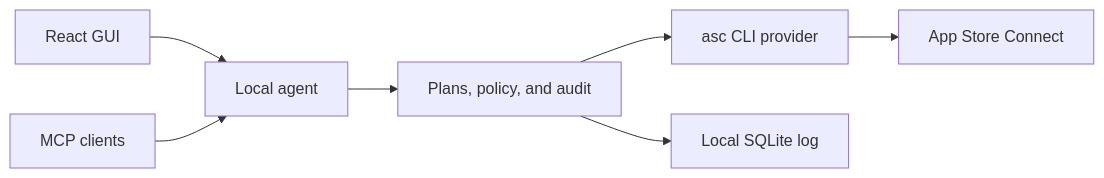
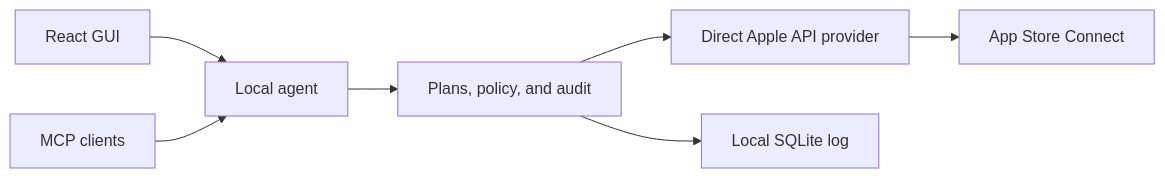
Before and after one commit to maxgrev/asc-studio: the diagram in README.md, drawn with Mermaid. The commit also changed other lines of this file and 60 other files, not shown here.

Commit message:
Replace CLI with direct App Store Connect API

````diff
--- a/README.md
+++ b/README.md
@@ -21,9 +21,9 @@
 ```mermaid
 flowchart LR
   GUI["React GUI"] --> Agent["Local agent"]
   MCP["MCP clients"] --> Agent
   Agent --> Core["Plans, policy, and audit"]
-  Core --> ASC["asc CLI provider"]
+  Core --> ASC["Direct Apple API provider"]
   Core --> DB["Local SQLite log"]
   ASC --> Apple["App Store Connect"]
 ```
````
